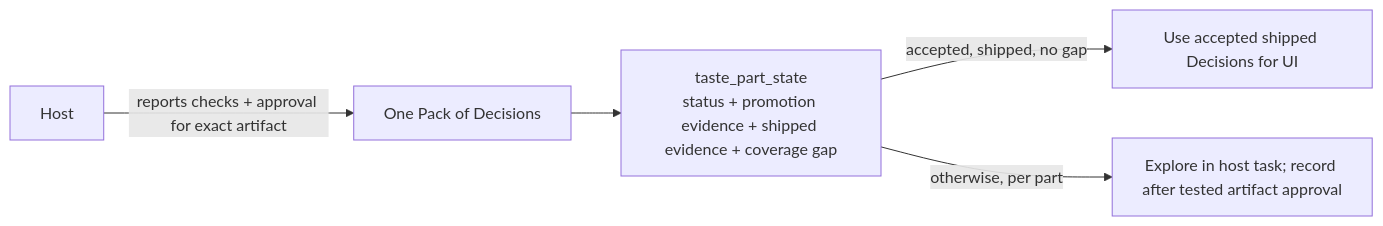
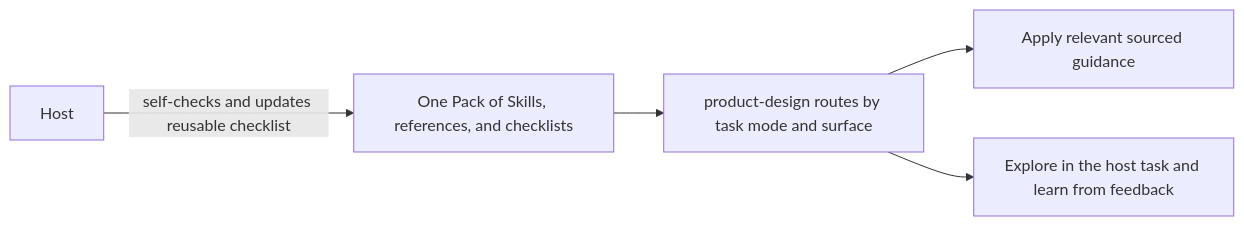
Before and after one commit to gksoriginals/taste: the fifth of 5 diagrams in docs/engineering.md, drawn with Mermaid. The commit also changed other lines of this file and 16 other files, not shown here.

Commit message:
Derive Taste Pack guidance from product surfaces

````diff
--- a/docs/engineering.md
+++ b/docs/engineering.md
@@ -432,11 +415,11 @@
 ```mermaid
 flowchart LR
-  Pack[One Pack of Decisions]
-  Derive[taste_part_state<br/>status + promotion evidence + shipped evidence + coverage gap]
-  Conformance[Use accepted shipped Decisions for UI]
-  Expression[Explore in host task; record after tested artifact approval]
-  Pack --> Derive
-  Derive -->|accepted, shipped, no gap| Conformance
-  Derive -->|otherwise, per part| Expression
-  Host -->|reports checks + approval for exact artifact| Pack
+  Pack[One Pack of Skills, references, and checklists]
+  Route[product-design routes by task mode and surface]
+  Conformance[Apply relevant sourced guidance]
+  Expression[Explore in the host task and learn from feedback]
+  Pack --> Route
+  Route --> Conformance
+  Route --> Expression
+  Host -->|self-checks and updates reusable checklist| Pack
 ```
````
